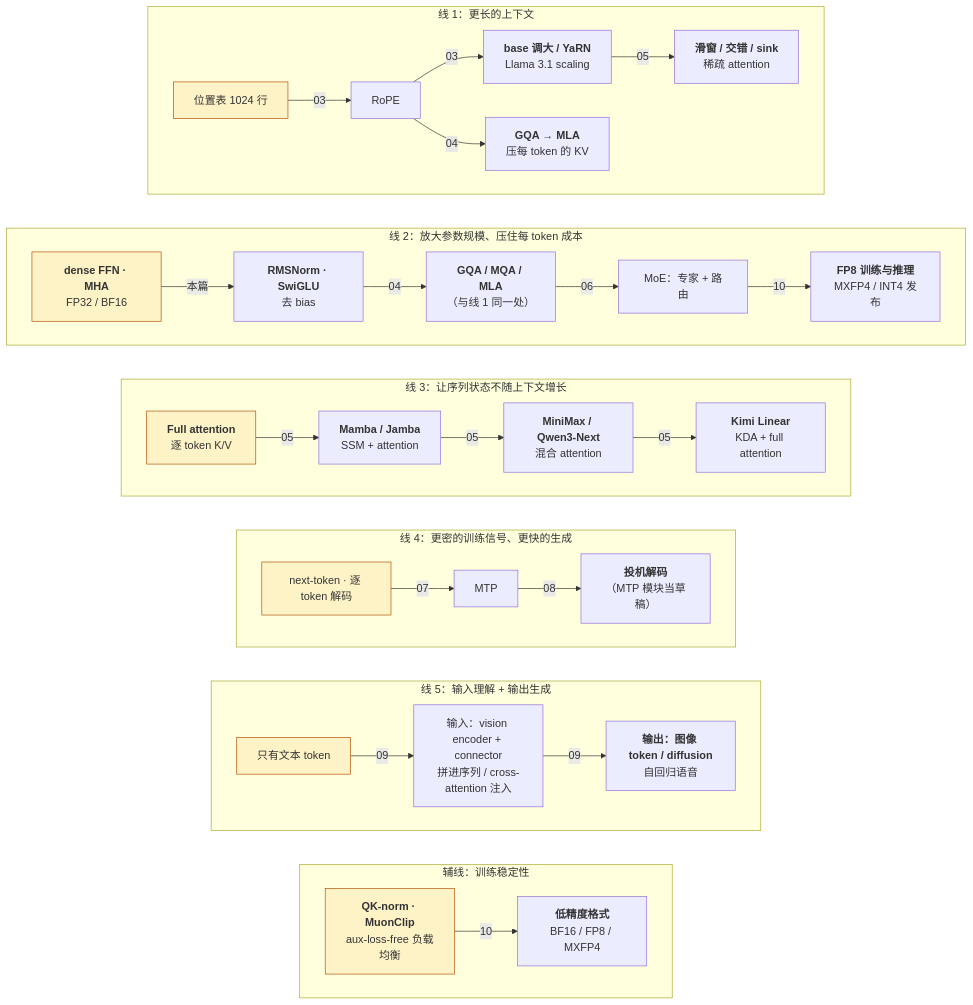
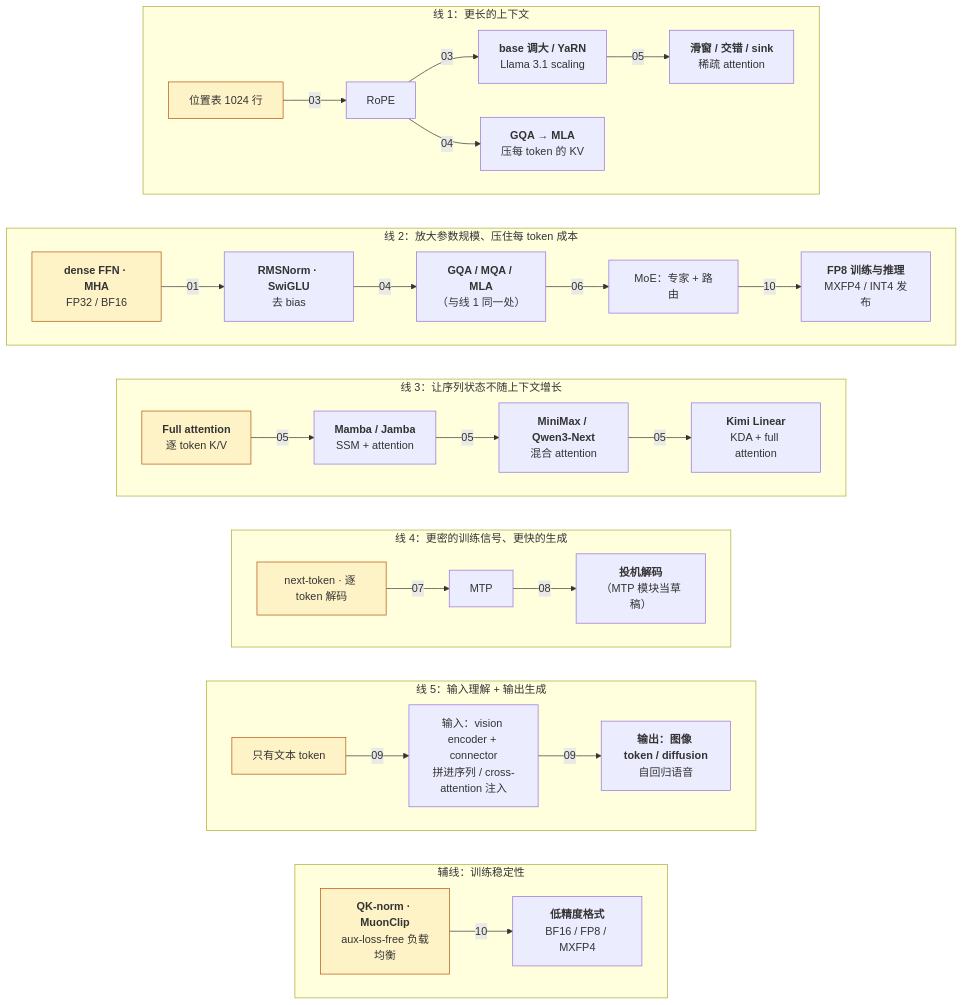
The third of 4 diagrams in _posts/2026-04-02-llm-architecture-evolution-roadmap-from-gpt2.md (arganzheng/arganzheng.github.com), drawn with Mermaid before and after one commit. The commit also changed other lines of this file, not shown here.

First line of the commit message:
现代 LLM 结构 总纲：开头改为总览图与逐节点要点，分章导读拆成要点并配引导问题答案，指引改为标题链接

````diff
--- a/_posts/2026-04-02-llm-architecture-evolution-roadmap-from-gpt2.md
+++ b/_posts/2026-04-02-llm-architecture-evolution-roadmap-from-gpt2.md
@@ -169,33 +229,33 @@
 ```mermaid
 %%{init: {"flowchart": {"wrappingWidth": 130}}}%%
 %% 图：五条演进线与一条辅线：从 GPT-2 的填法出发，箭头上的篇号是展开位置
 flowchart TB
     subgraph L1["线 1：更长的上下文"]
         direction LR
         A0["位置表 1024 行"] -->|03| A1["RoPE"] -->|03| A2["<b>base 调大 / YaRN</b><br/>Llama 3.1 scaling"] -->|05| A3["<b>滑窗 / 交错 / sink</b><br/>稀疏 attention"]
         A1 -->|04| A4["<b>GQA → MLA</b><br/>压每 token 的 KV"]
     end
     subgraph L2["线 2：放大参数规模、压住每 token 成本"]
         direction LR
-        B0["<b>dense FFN · MHA</b><br/>FP32 / BF16"] -->|本篇| B1["<b>RMSNorm · SwiGLU</b><br/>去 bias"] -->|04| B2["<b>GQA / MQA / MLA</b><br/>（与线 1 同一处）"] -->|06| B3["MoE：专家 + 路由"] -->|10| B4["<b>FP8 训练与推理</b><br/>MXFP4 / INT4 发布"]
+        B0["<b>dense FFN · MHA</b><br/>FP32 / BF16"] -->|01| B1["<b>RMSNorm · SwiGLU</b><br/>去 bias"] -->|04| B2["<b>GQA / MQA / MLA</b><br/>（与线 1 同一处）"] -->|06| B3["MoE：专家 + 路由"] -->|10| B4["<b>FP8 训练与推理</b><br/>MXFP4 / INT4 发布"]
     end
     subgraph L3["线 3：让序列状态不随上下文增长"]
         direction LR
         E0["<b>Full attention</b><br/>逐 token K/V"] -->|05| E1["<b>Mamba / Jamba</b><br/>SSM + attention"] -->|05| E2["<b>MiniMax / Qwen3-Next</b><br/>混合 attention"] -->|05| E3["<b>Kimi Linear</b><br/>KDA + full attention"]
     end
     subgraph L4["线 4：更密的训练信号、更快的生成"]
         direction LR
         C0["next-token · 逐 token 解码"] -->|07| C1["MTP"] -->|08| C2["<b>投机解码</b><br/>（MTP 模块当草稿）"]
     end
     subgraph L5["线 5：输入理解 + 输出生成"]
         direction LR
         D0["只有文本 token"] -->|09| D1["输入：vision encoder + connector<br/>拼进序列 / cross-attention 注入"] -->|09| D2["<b>输出：图像 token / diffusion</b><br/>自回归语音"]
     end
     subgraph AUX["辅线：训练稳定性"]
         direction LR
         S0["<b>QK-norm · MuonClip</b><br/>aux-loss-free 负载均衡"] -->|10| S1["<b>低精度格式</b><br/>BF16 / FP8 / MXFP4"]
     end
     L1 ~~~ L2 ~~~ L3 ~~~ L4 ~~~ L5 ~~~ AUX
     classDef base fill:#fef3c7,stroke:#b45309;
     class A0,B0,C0,D0,E0,S0 base;
 ```
````
